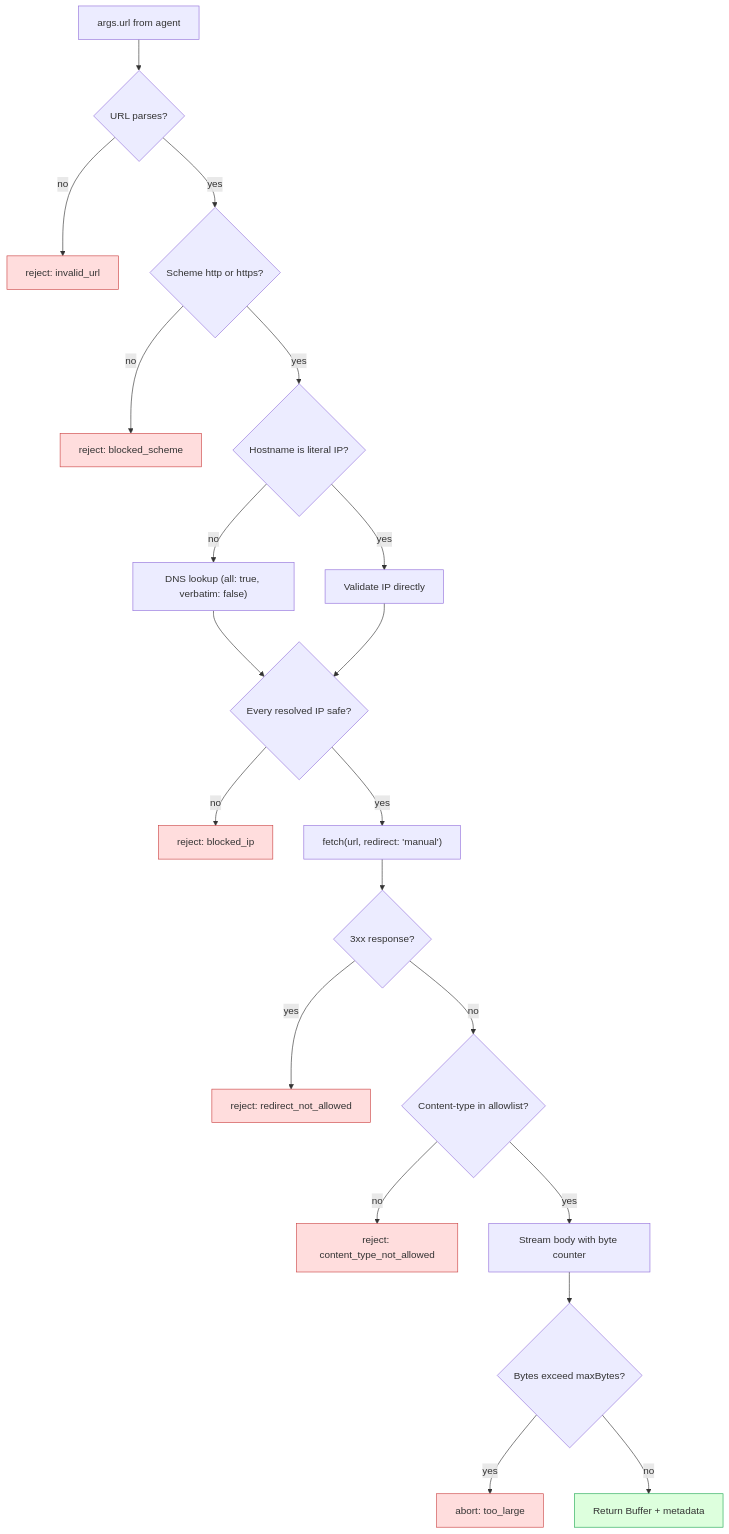
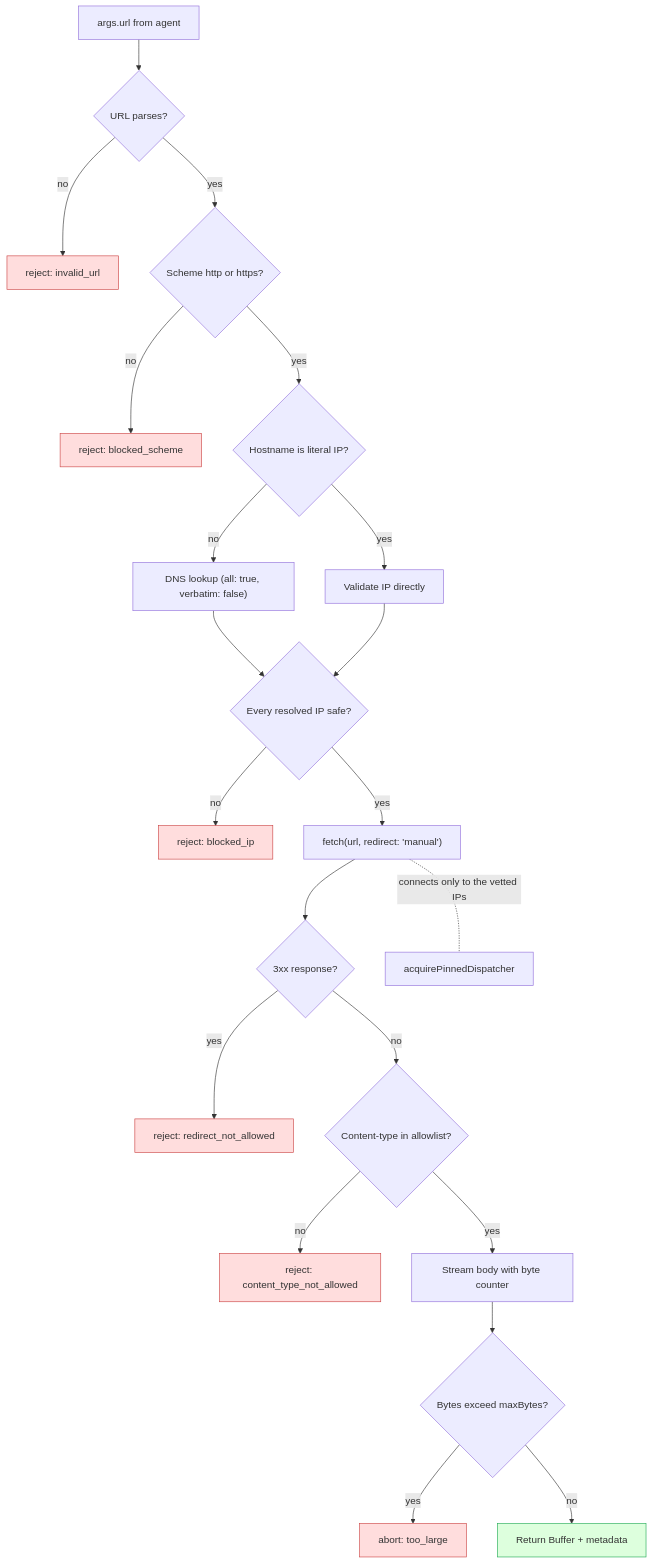
One commit to Andy00L/sharetopus changed the fourth of 6 diagrams in docs/SECURITY.md. Above: the diagram before and after it, drawn with Mermaid. The commit also changed other lines of this file and 15 other files, not shown here.

````diff
--- a/docs/SECURITY.md
+++ b/docs/SECURITY.md
@@ -204,30 +204,31 @@
 ```mermaid
 flowchart TD
     A[args.url from agent] --> B{URL parses?}
     B -- no --> X1[reject: invalid_url]
     B -- yes --> C{Scheme http or https?}
     C -- no --> X2[reject: blocked_scheme]
     C -- yes --> D{Hostname is literal IP?}
     D -- yes --> E[Validate IP directly]
     D -- no --> F["DNS lookup (all: true, verbatim: false)"]
     F --> G{Every resolved IP safe?}
     E --> G
     G -- no --> X3[reject: blocked_ip]
     G -- yes --> H["fetch(url, redirect: 'manual')"]
     H --> I{3xx response?}
     I -- yes --> X4[reject: redirect_not_allowed]
     I -- no --> J{Content-type in allowlist?}
     J -- no --> X5[reject: content_type_not_allowed]
     J -- yes --> K[Stream body with byte counter]
+    H -. connects only to the vetted IPs .- P[acquirePinnedDispatcher]
     K --> L{Bytes exceed maxBytes?}
     L -- yes --> X6[abort: too_large]
     L -- no --> M[Return Buffer + metadata]
 
     style X1 fill:#fdd,stroke:#c44
     style X2 fill:#fdd,stroke:#c44
     style X3 fill:#fdd,stroke:#c44
     style X4 fill:#fdd,stroke:#c44
     style X5 fill:#fdd,stroke:#c44
     style X6 fill:#fdd,stroke:#c44
     style M fill:#dfd,stroke:#2a5
 ```
````
